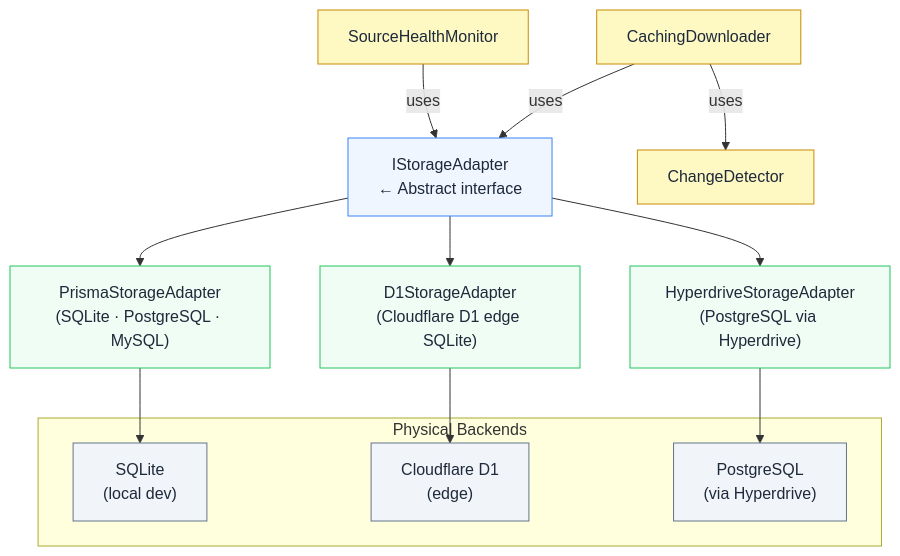
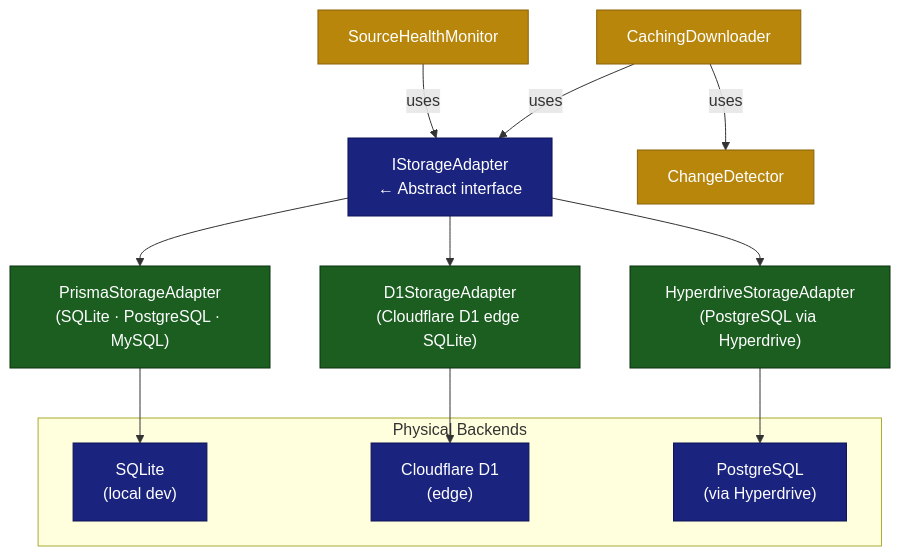
The eighth of 19 diagrams in docs/development/ARCHITECTURE.md (jaypatrick/adblock-compiler), drawn with Mermaid before and after one commit. The commit also changed other lines of this file and 6 other files, not shown here.

First line of the commit message:
fix: Mermaid diagram errors, dark theme compatibility, and mdhelp scroll reset (#1540)

````diff
--- a/docs/development/ARCHITECTURE.md
+++ b/docs/development/ARCHITECTURE.md
@@ -327,25 +327,25 @@
 ```mermaid
 flowchart TD
-    classDef interface fill:#eff6ff,stroke:#3b82f6,color:#1e293b
-    classDef adapter fill:#f0fdf4,stroke:#22c55e,color:#1e293b
-    classDef consumer fill:#fef9c3,stroke:#ca8a04,color:#1e293b
-    classDef infra fill:#f1f5f9,stroke:#64748b,color:#1e293b
+    classDef interface fill:#1a237e,stroke:#0d1257,color:#fff
+    classDef adapter fill:#1b5e20,stroke:#0a3010,color:#fff
+    classDef consumer fill:#b8860b,stroke:#8a6208,color:#fff
+    classDef infra fill:#1a237e,stroke:#0d1257,color:#fff
 
     ISA["IStorageAdapter\n← Abstract interface"]:::interface
     ISA --> PSA["PrismaStorageAdapter\n(SQLite · PostgreSQL · MySQL)"]:::adapter
     ISA --> D1A["D1StorageAdapter\n(Cloudflare D1 edge SQLite)"]:::adapter
     ISA --> HDA["HyperdriveStorageAdapter\n(PostgreSQL via Hyperdrive)"]:::adapter
     CD["CachingDownloader"]:::consumer -->|uses| ISA
     SHM["SourceHealthMonitor"]:::consumer -->|uses| ISA
     CD -->|uses| CHD["ChangeDetector"]:::consumer
 
     subgraph BACKEND["Physical Backends"]
         SQLITE["SQLite\n(local dev)"]:::infra
         D1DB["Cloudflare D1\n(edge)"]:::infra
         PGDB["PostgreSQL\n(via Hyperdrive)"]:::infra
     end
 
     PSA --> SQLITE
     D1A --> D1DB
     HDA --> PGDB
 ```
````
